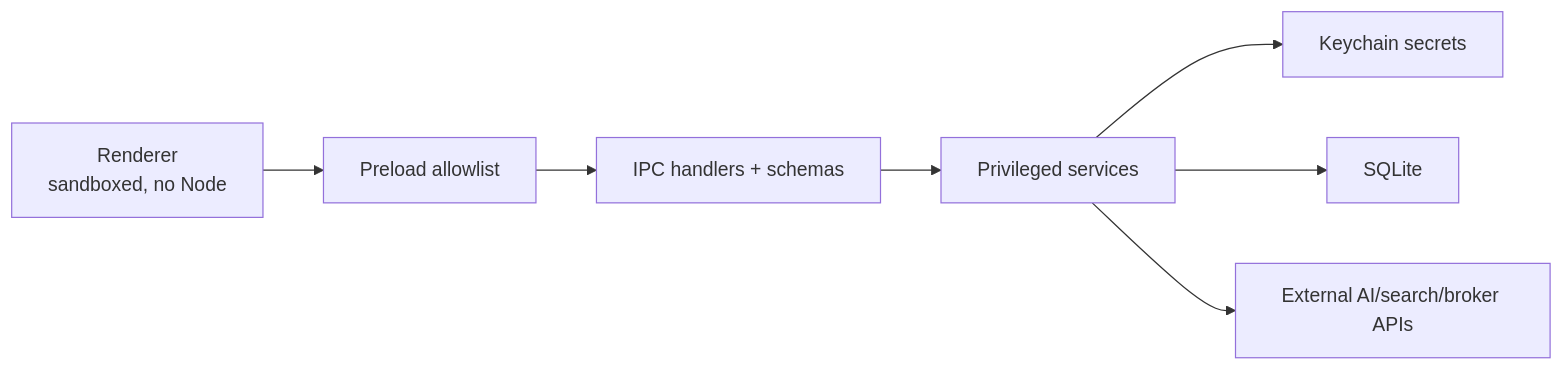
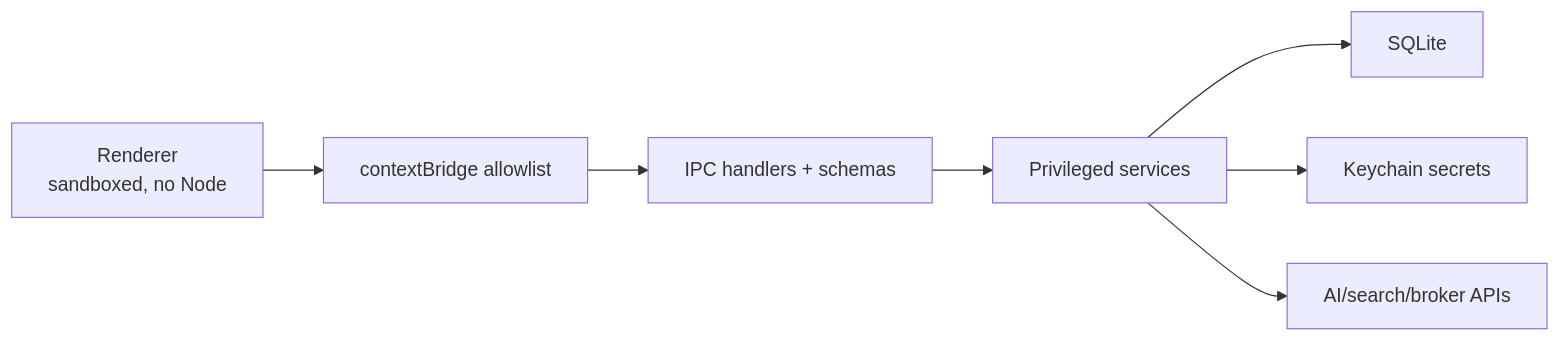
One commit to KennethAtchon/Exva changed diagram 13 of 14 in docs/architecture/ai-runtime.md. Above: the diagram before and after it, drawn with Mermaid. The commit also changed other lines of this file and 11 other files, not shown here.

````diff
--- a/docs/architecture/ai-runtime.md
+++ b/docs/architecture/ai-runtime.md
@@ -613,9 +470,9 @@
 ```mermaid
 flowchart LR
-    Renderer["Renderer\nsandboxed, no Node"] --> Preload["Preload allowlist"]
+    Renderer["Renderer\nsandboxed, no Node"] --> Preload["contextBridge allowlist"]
     Preload --> IPC["IPC handlers + schemas"]
     IPC --> Main["Privileged services"]
+    Main --> DB["SQLite"]
     Main --> Keychain["Keychain secrets"]
-    Main --> DB["SQLite"]
-    Main --> External["External AI/search/broker APIs"]
+    Main --> External["AI/search/broker APIs"]
 ```
````
